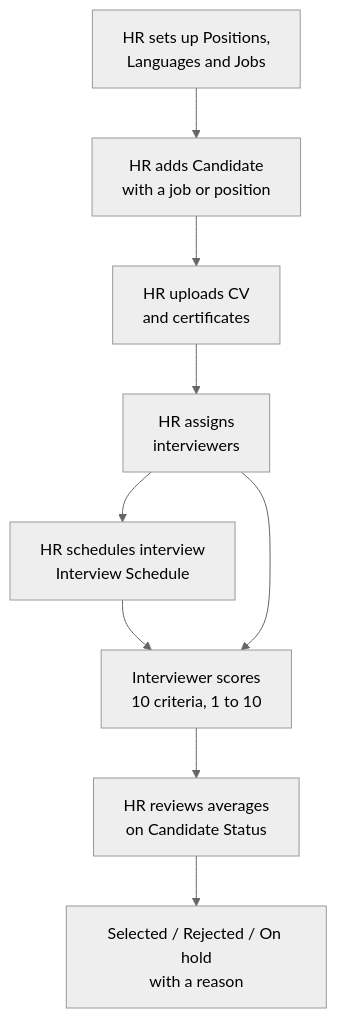
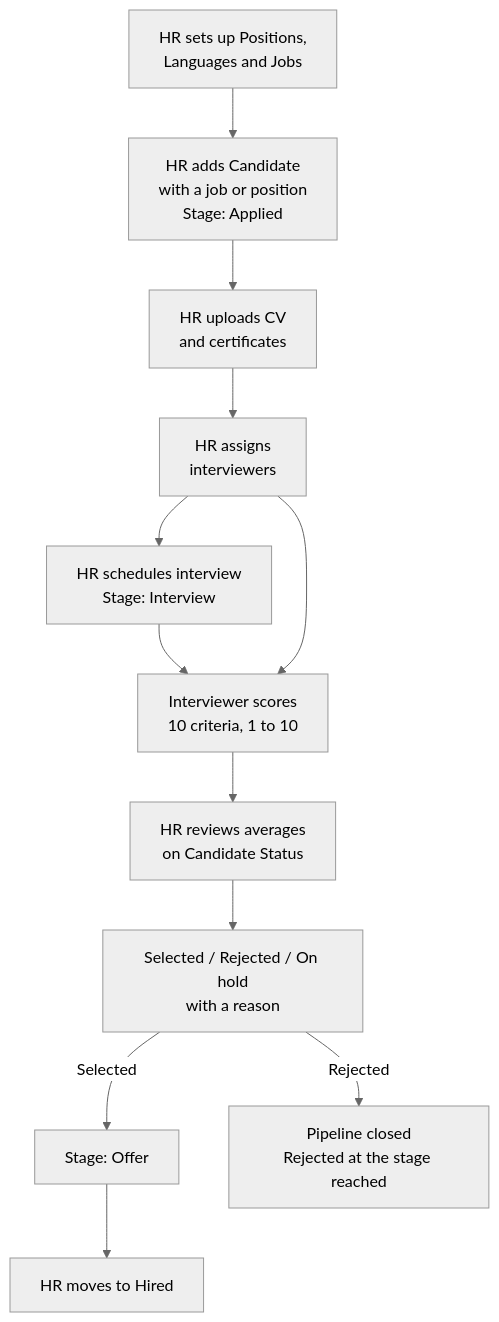
One commit to rafitsabbir/RMS changed the diagram in docs/handbooks/src/diagrams/ba-process.mmd. Above: the diagram before and after it, drawn with Mermaid (neutral theme). The commit also changed 10 other files, not shown here.

```diff
--- a/docs/handbooks/src/diagrams/ba-process.mmd
+++ b/docs/handbooks/src/diagrams/ba-process.mmd
@@ -1,9 +1,12 @@
 flowchart TD
-  A[HR sets up Positions,<br/>Languages and Jobs] --> B[HR adds Candidate<br/>with a job or position]
+  A[HR sets up Positions,<br/>Languages and Jobs] --> B[HR adds Candidate<br/>with a job or position<br/>Stage: Applied]
   B --> G[HR uploads CV<br/>and certificates]
   G --> H[HR assigns<br/>interviewers]
-  H --> C[HR schedules interview<br/>Interview Schedule]
+  H --> C[HR schedules interview<br/>Stage: Interview]
   C --> D[Interviewer scores<br/>10 criteria, 1 to 10]
   H --> D
   D --> E[HR reviews averages<br/>on Candidate Status]
   E --> F[Selected / Rejected / On hold<br/>with a reason]
+  F -->|Selected| O[Stage: Offer]
+  O --> J[HR moves to Hired]
+  F -->|Rejected| R[Pipeline closed<br/>Rejected at the stage reached]
```
